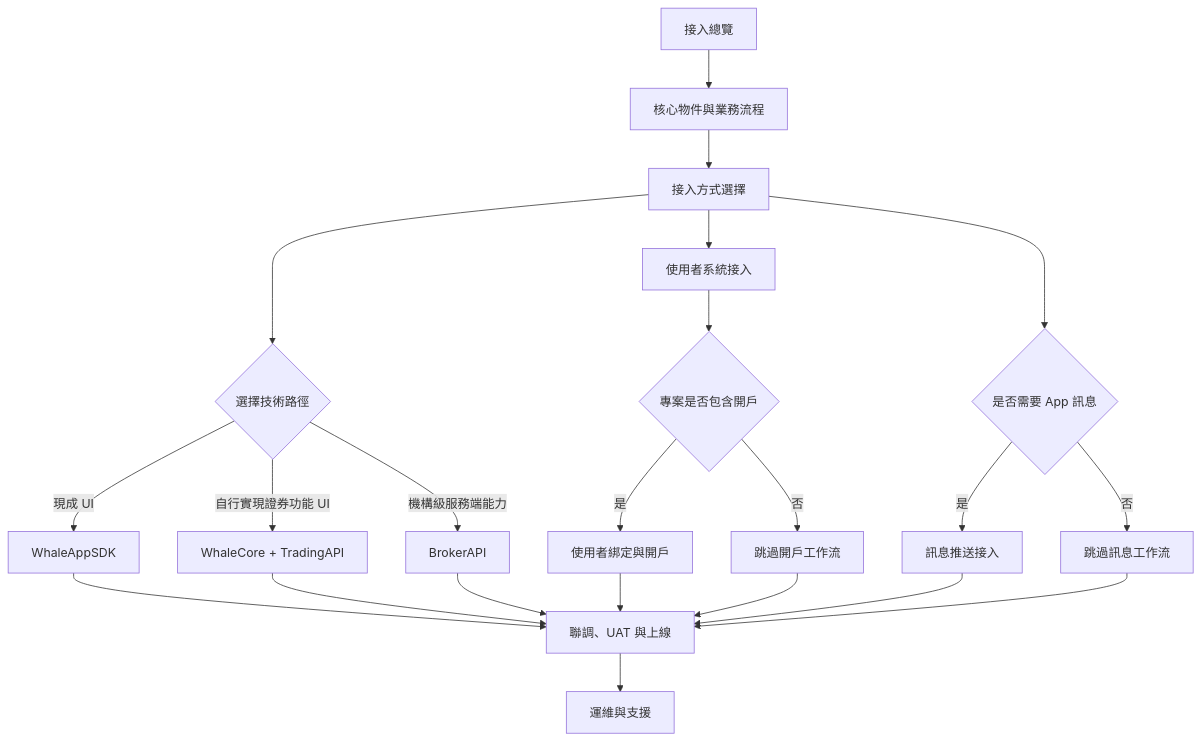
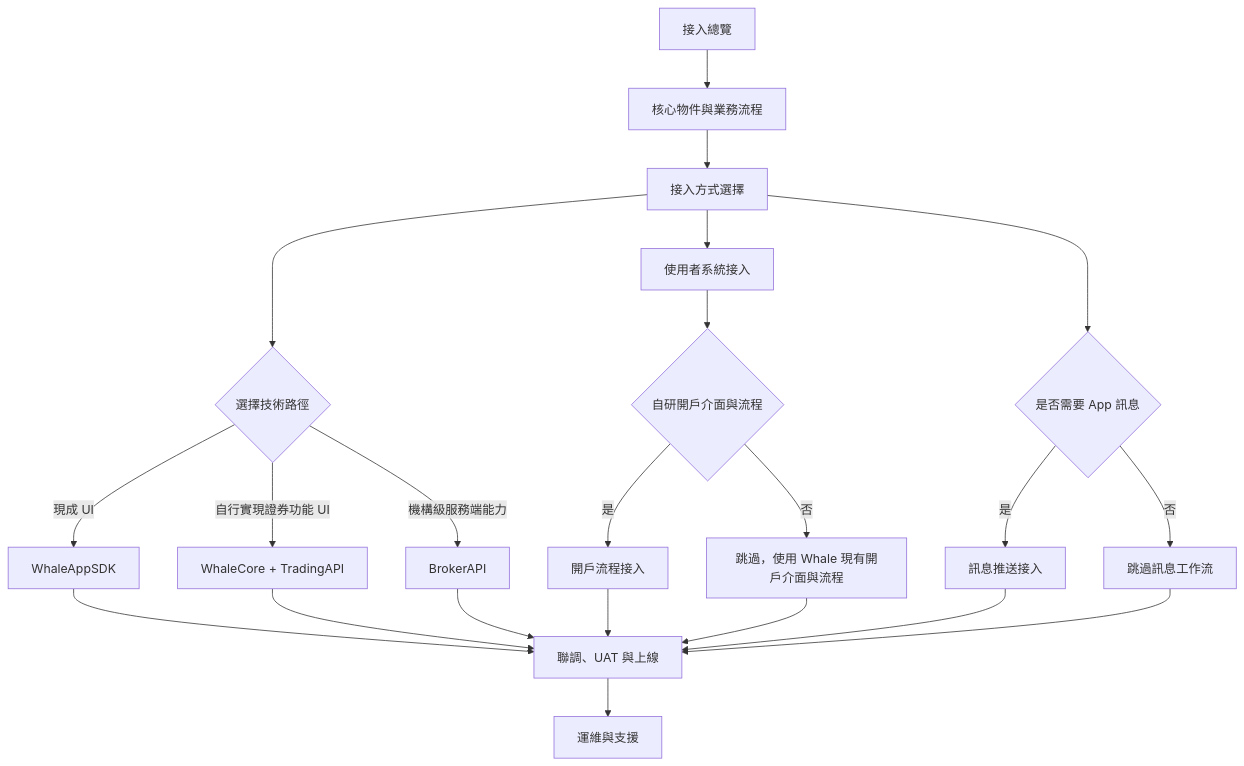
One commit to longbridge/whale-docs changed the first of 2 diagrams in docs/zh-HK/docs/broker-onboarding.mdx. Above: the diagram before and after it, drawn with Mermaid. The commit also changed other lines of this file and 2 other files, not shown here.

Commit message:
docs: fix broker-onboarding guide-route account-opening branch (#78)
## Summary
- Fix the account-opening branch in `broker-onboarding`'s guide-route
flowchart and its accompanying table row, for `en`, `zh-CN`, and
`zh-HK`.
- The decision node is now "Build a custom account-opening UI and flow?"
(自研开户界面与流程): **Yes** → integrate the account-opening flow →
integration/UAT/go-live; **No** → skip, use Whale's existing
account-opening UI and flow.
- Previously the node asked whether the project includes account opening
at all, which didn't match the actual choice Brokers make (build your
own vs. reuse Whale's).

## Files changed
- `docs/en/docs/broker-onboarding.mdx`
- `docs/zh-CN/docs/broker-onboarding.mdx`
- `docs/zh-HK/docs/broker-onboarding.mdx`

No source submodule involved — this is a direct content correction to
the onboarding guide.

## Test plan
- [x] `bun run check:anchors` passes (no anchor changes, headings
untouched)
- [x] Manually reviewed the mermaid diagram and table row logic in all
three locales for parity

🤖 Generated with [Claude Code](https://claude.com/claude-code)

````diff
--- a/docs/zh-HK/docs/broker-onboarding.mdx
+++ b/docs/zh-HK/docs/broker-onboarding.mdx
@@ -14,24 +14,24 @@
 ```mermaid
 flowchart TD
     A[接入總覽] --> B[核心物件與業務流程]
     B --> C[接入方式選擇]
     C --> D{選擇技術路徑}
     D -->|現成 UI| E[WhaleAppSDK]
     D -->|自行實現證券功能 UI| F[WhaleCore + TradingAPI]
     D -->|機構級服務端能力| G[BrokerAPI]
     C --> H[使用者系統接入]
-    H --> I{專案是否包含開戶}
-    I -->|是| J[使用者綁定與開戶]
-    I -->|否| K[跳過開戶工作流]
+    H --> I{自研開戶介面與流程}
+    I -->|是| J[開戶流程接入]
+    I -->|否| K[跳過，使用 Whale 現有開戶介面與流程]
     C --> L{是否需要 App 訊息}
     L -->|是| M[訊息推送接入]
     L -->|否| N[跳過訊息工作流]
     E --> O[聯調、UAT 與上線]
     F --> O
     G --> O
     J --> O
     K --> O
     M --> O
     N --> O
     O --> P[運維與支援]
 ```
````
